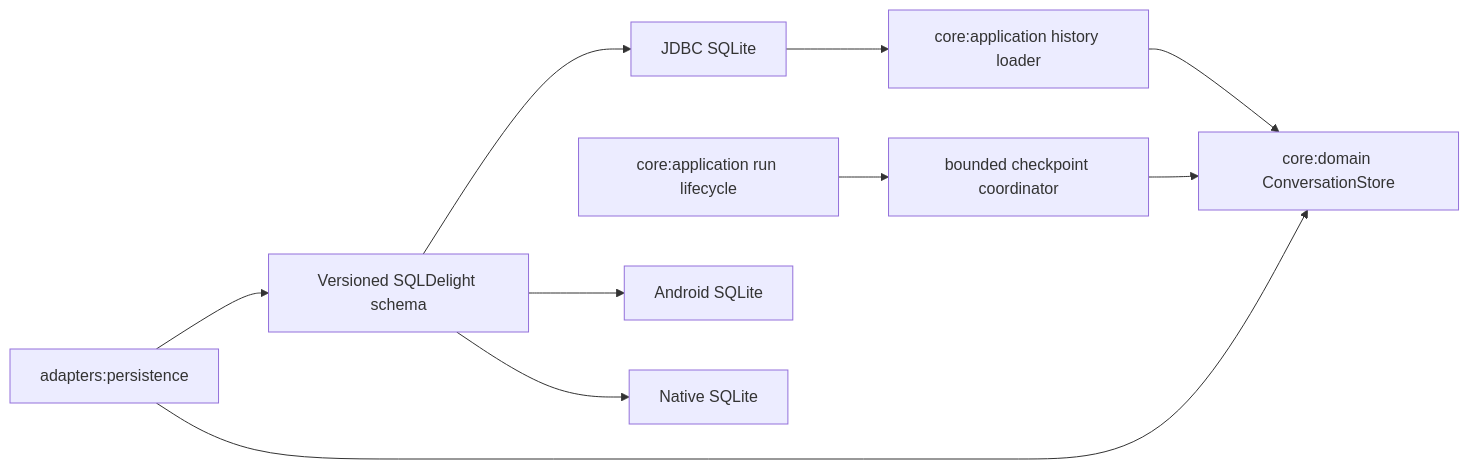
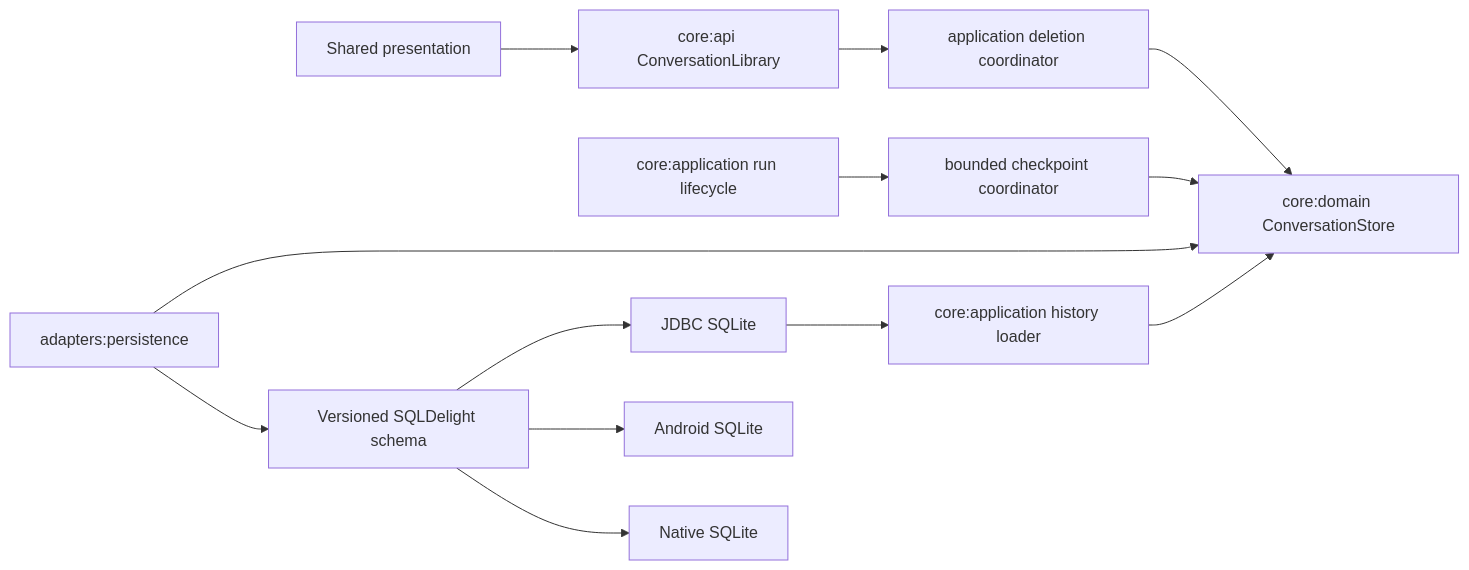
Before and after one commit to artemidius/blowhard: the diagram in docs/architecture/conversation-persistence.md, drawn with Mermaid. The commit also changed other lines of this file and 3 other files, not shown here.

````diff
--- a/docs/architecture/conversation-persistence.md
+++ b/docs/architecture/conversation-persistence.md
@@ -7,12 +7,15 @@
 ```mermaid
 flowchart LR
     Desktop[Desktop startup session] --> Loader[core:application history loader]
     Runs[core:application run lifecycle] --> Checkpoints[bounded checkpoint coordinator]
+    UI[Shared presentation] --> Library[core:api ConversationLibrary]
+    Library --> Deletion[application deletion coordinator]
     Loader --> Port[core:domain ConversationStore]
     Checkpoints --> Port
+    Deletion --> Port
     SQLite[adapters:persistence] --> Port
     SQLite --> Schema[Versioned SQLDelight schema]
     Schema --> Desktop[JDBC SQLite]
     Schema --> Android[Android SQLite]
     Schema --> Apple[Native SQLite]
 ```
````
